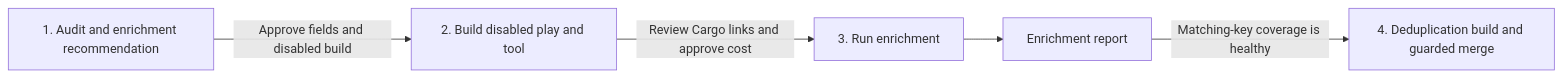
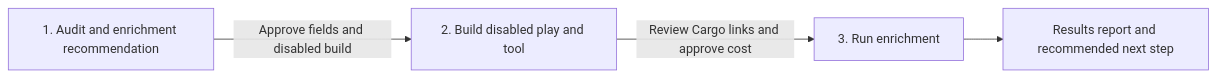
Before and after one commit to getcargohq/gtm-skills: the diagram in crm-enrichment/SKILL.md, drawn with Mermaid. The commit also changed other lines of this file and 24 other files, not shown here.

````diff
--- a/crm-enrichment/SKILL.md
+++ b/crm-enrichment/SKILL.md
@@ -81,7 +71,6 @@
 ```mermaid
 flowchart LR
   audit["1. Audit and enrichment recommendation"] -->|"Approve fields and disabled build"| build["2. Build disabled play and tool"]
   build -->|"Review Cargo links and approve cost"| run["3. Run enrichment"]
-  run --> report["Enrichment report"]
-  report -->|"Matching-key coverage is healthy"| dedup["4. Deduplication build and guarded merge"]
+  run --> report["Results report and recommended next step"]
 ```
````
